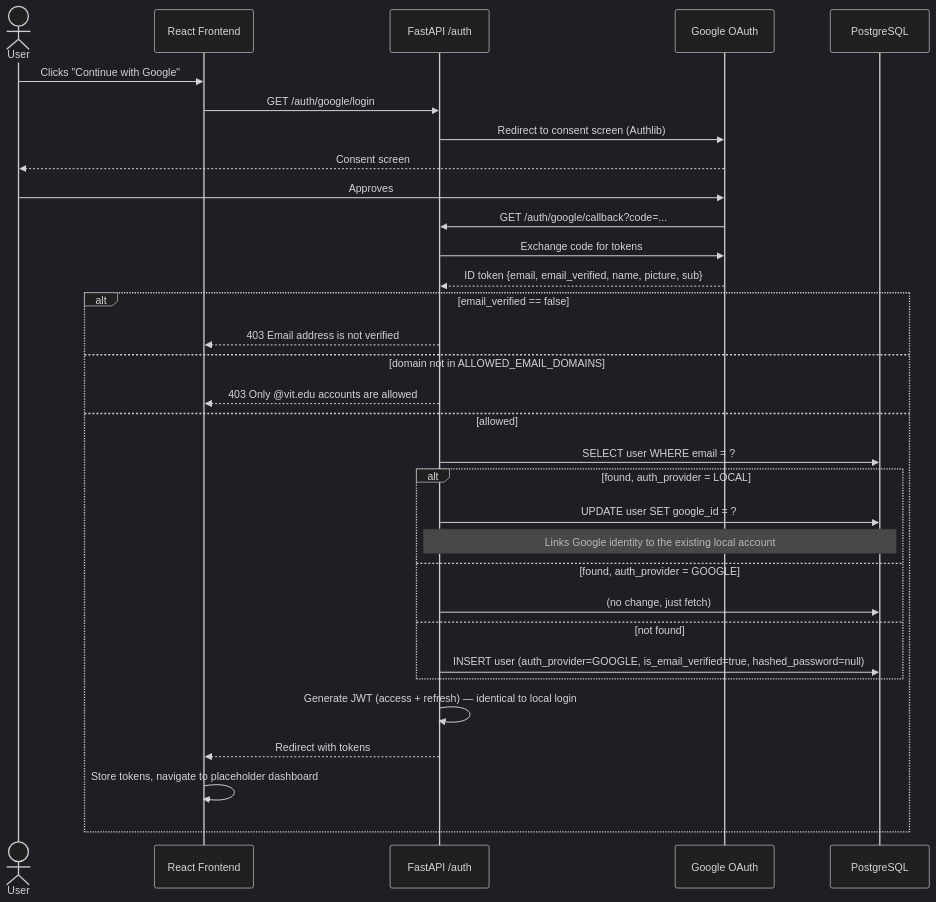
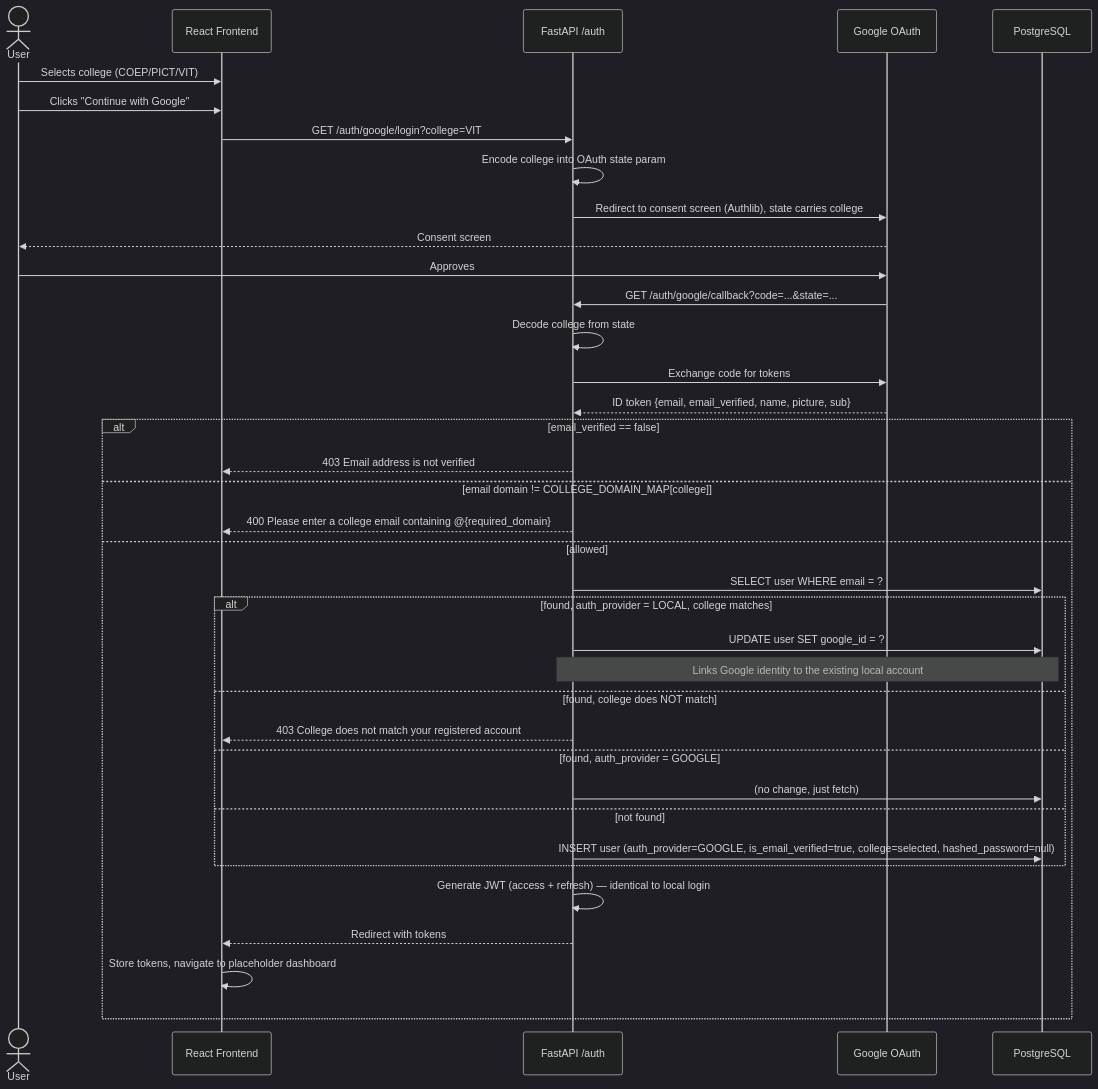
One commit to IshanWankhede/CampusGPT changed the seventh of 25 diagrams in Architecture/UML_DIAGRAMS.md. Above: the diagram before and after it, drawn with Mermaid (dark theme). The commit also changed other lines of this file, not shown here.

Commit message:
2-Factor Authentication UML diagram Ready

````diff
--- a/Architecture/UML_DIAGRAMS.md
+++ b/Architecture/UML_DIAGRAMS.md
@@ -368,36 +374,41 @@
 ```mermaid
 sequenceDiagram
     actor User
     participant FE as React Frontend
     participant API as FastAPI /auth
     participant Google as Google OAuth
     participant DB as PostgreSQL
 
+    User->>FE: Selects college (COEP/PICT/VIT)
     User->>FE: Clicks "Continue with Google"
-    FE->>API: GET /auth/google/login
-    API->>Google: Redirect to consent screen (Authlib)
+    FE->>API: GET /auth/google/login?college=VIT
+    API->>API: Encode college into OAuth state param
+    API->>Google: Redirect to consent screen (Authlib), state carries college
     Google-->>User: Consent screen
     User->>Google: Approves
-    Google->>API: GET /auth/google/callback?code=...
+    Google->>API: GET /auth/google/callback?code=...&state=...
+    API->>API: Decode college from state
     API->>Google: Exchange code for tokens
     Google-->>API: ID token {email, email_verified, name, picture, sub}
 
     alt email_verified == false
         API-->>FE: 403 Email address is not verified
-    else domain not in ALLOWED_EMAIL_DOMAINS
-        API-->>FE: 403 Only @vit.edu accounts are allowed
+    else email domain != COLLEGE_DOMAIN_MAP[college]
+        API-->>FE: 400 Please enter a college email containing @{required_domain}
     else allowed
         API->>DB: SELECT user WHERE email = ?
-        alt found, auth_provider = LOCAL
+        alt found, auth_provider = LOCAL, college matches
             API->>DB: UPDATE user SET google_id = ?
             Note over API,DB: Links Google identity to the existing local account
+        else found, college does NOT match
+            API-->>FE: 403 College does not match your registered account
         else found, auth_provider = GOOGLE
             API->>DB: (no change, just fetch)
         else not found
-            API->>DB: INSERT user (auth_provider=GOOGLE, is_email_verified=true, hashed_password=null)
+            API->>DB: INSERT user (auth_provider=GOOGLE, is_email_verified=true, college=selected, hashed_password=null)
         end
         API->>API: Generate JWT (access + refresh) — identical to local login
         API-->>FE: Redirect with tokens
         FE->>FE: Store tokens, navigate to placeholder dashboard
     end
 ```
````
